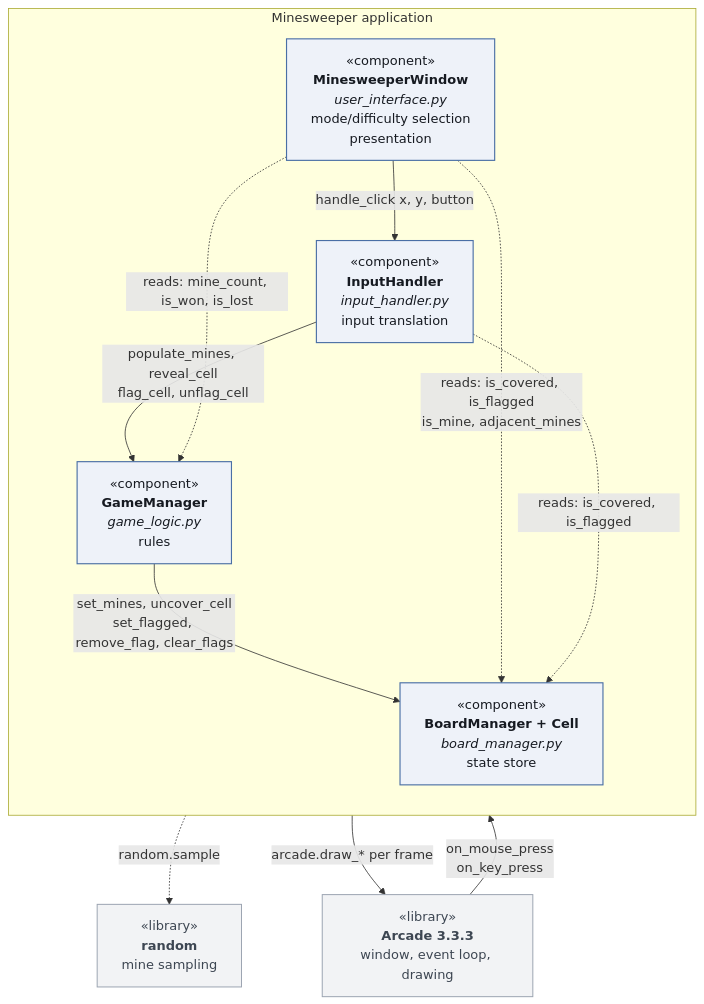
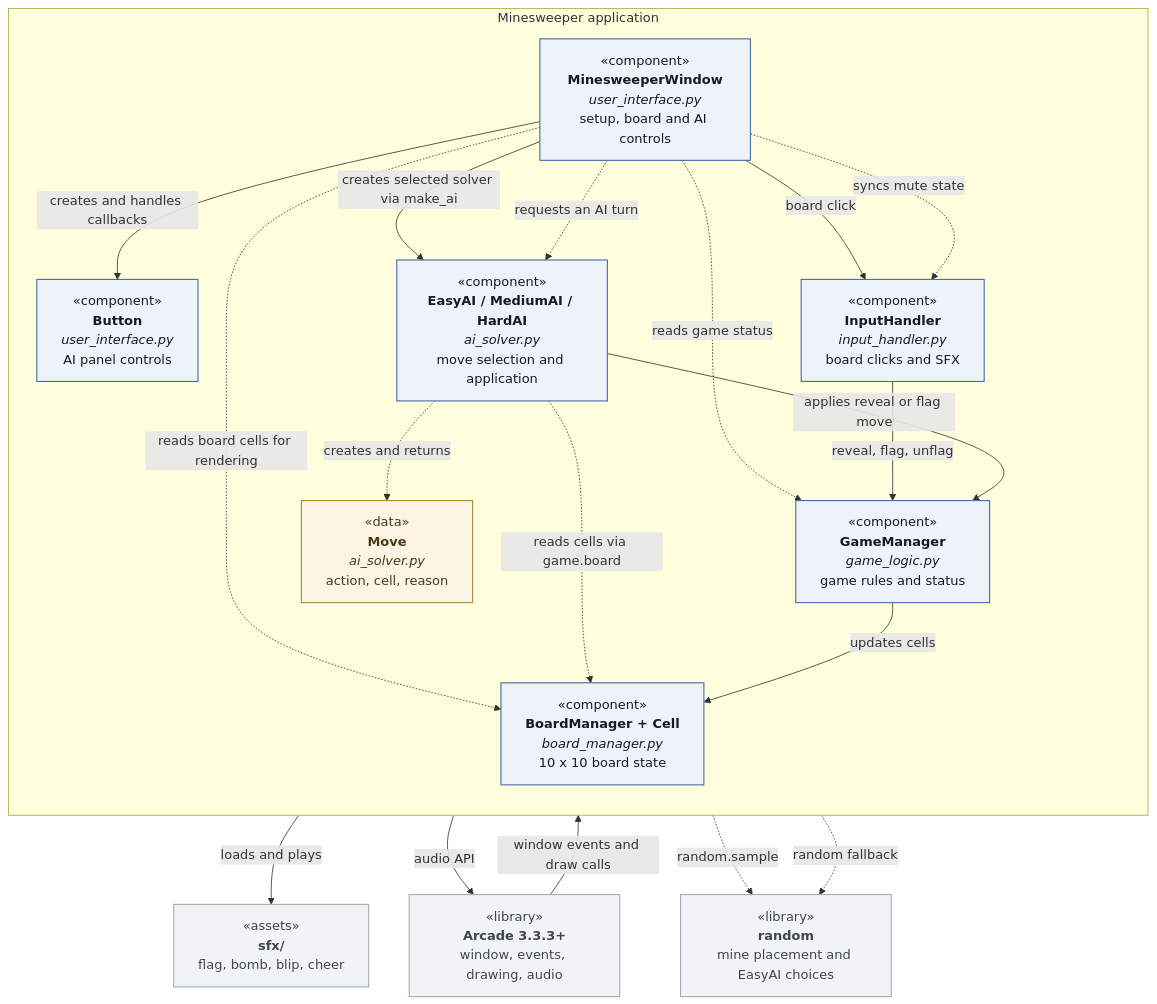
Before and after one commit to flec1115/EECS-581-MineSweeper: the first of 3 diagrams in system-diagrams/overview.md, drawn with Mermaid. The commit also changed other lines of this file and 7 other files, not shown here.

````diff
--- a/system-diagrams/overview.md
+++ b/system-diagrams/overview.md
@@ -10,29 +10,42 @@
 ```mermaid
 flowchart TB
-    ARC["«library»<br/><b>Arcade 3.3.3</b><br/>window, event loop, drawing"]
+    ARC["«library»<br/><b>Arcade 3.3.3+</b><br/>window, events, drawing, audio"]
+    RND["«library»<br/><b>random</b><br/>mine placement and EasyAI choices"]
+    SFX["«assets»<br/><b>sfx/</b><br/>flag, bomb, blip, cheer"]
 
-    subgraph APP[" Minesweeper application "]
+    subgraph APP["Minesweeper application"]
       direction TB
-      UI["«component»<br/><b>MinesweeperWindow</b><br/><i>user_interface.py</i><br/>mode/difficulty selection<br/>presentation"]
-      IH["«component»<br/><b>InputHandler</b><br/><i>input_handler.py</i><br/>input translation"]
-      GL["«component»<br/><b>GameManager</b><br/><i>game_logic.py</i><br/>rules"]
-      BM["«component»<br/><b>BoardManager + Cell</b><br/><i>board_manager.py</i><br/>state store"]
+      UI["«component»<br/><b>MinesweeperWindow</b><br/><i>user_interface.py</i><br/>setup, board and AI controls"]
+      BTN["«component»<br/><b>Button</b><br/><i>user_interface.py</i><br/>AI panel controls"]
+      IH["«component»<br/><b>InputHandler</b><br/><i>input_handler.py</i><br/>board clicks and SFX"]
+      AI["«component»<br/><b>EasyAI / MediumAI / HardAI</b><br/><i>ai_solver.py</i><br/>move selection and application"]
+      MOVE["«data»<br/><b>Move</b><br/><i>ai_solver.py</i><br/>action, cell, reason"]
+      GL["«component»<br/><b>GameManager</b><br/><i>game_logic.py</i><br/>game rules and status"]
+      BM["«component»<br/><b>BoardManager + Cell</b><br/><i>board_manager.py</i><br/>10 x 10 board state"]
     end
 
-    RND["«library»<br/><b>random</b><br/>mine sampling"]
-
-    ARC -->|"on_mouse_press<br/>on_key_press"| UI
-    UI -->|"handle_click x, y, button"| IH
-    IH -->|"populate_mines, reveal_cell<br/>flag_cell, unflag_cell"| GL
-    GL -->|"set_mines, uncover_cell<br/>set_flagged, remove_flag, clear_flags"| BM
+    ARC -->|"window events and draw calls"| UI
+    UI -->|"creates and handles callbacks"| BTN
+    UI -->|"board click"| IH
+    UI -->|"creates selected solver via make_ai"| AI
+    UI -.->|"reads game status"| GL
+    UI -.->|"reads board cells for rendering"| BM
+    UI -.->|"requests an AI turn"| AI
+    IH -->|"reveal, flag, unflag"| GL
+    IH -->|"loads and plays"| SFX
+    IH -->|"audio API"| ARC
+    UI -.->|"syncs mute state"| IH
+    AI -->|"applies reveal or flag move"| GL
+    AI -.->|"creates and returns"| MOVE
+    AI -.->|"reads cells via game.board"| BM
+    GL -->|"updates cells"| BM
     GL -.->|"random.sample"| RND
-    UI -.->|"reads: is_covered, is_flagged<br/>is_mine, adjacent_mines"| BM
-    IH -.->|"reads: is_covered, is_flagged"| BM
-    UI -.->|"reads: mine_count, is_won, is_lost"| GL
-    UI -->|"arcade.draw_* per frame"| ARC
+    AI -.->|"random fallback"| RND
 
     classDef comp fill:#eef2f9,stroke:#4a6fa5,stroke-width:1.4px,color:#161a21
+    classDef data fill:#fdf4e3,stroke:#b58b3a,stroke-width:1.4px,color:#4a3a18
     classDef lib fill:#f2f3f5,stroke:#9aa3b0,stroke-width:1.2px,color:#3d4652
-    class UI,IH,GL,BM comp
-    class ARC,RND lib
+    class UI,BTN,IH,AI,GL,BM comp
+    class MOVE data
+    class ARC,RND,SFX lib
 ```
````
